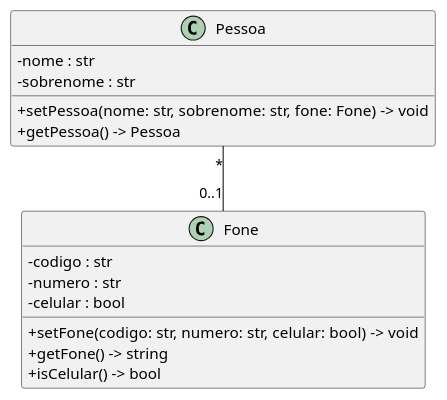
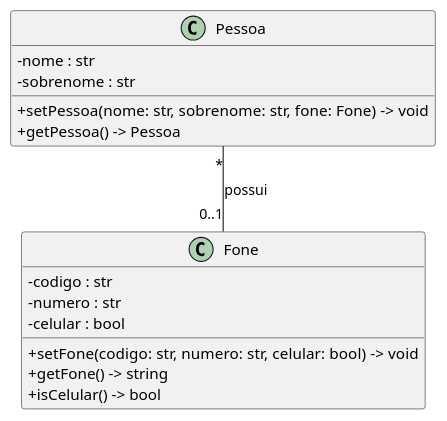
One commit to maxwellamaral/maxwellamaral.github.io changed the diagram in docs/assets/puml/uml_class07.puml. Above: the diagram before and after it, drawn with PlantUML. The commit also changed 7 other files, not shown here.

```diff
--- a/docs/assets/puml/uml_class07.puml
+++ b/docs/assets/puml/uml_class07.puml
@@ -1,24 +1,24 @@
 @startuml
 
 ' left to right direction
 skinparam classAttributeIconSize 0
 
 class Pessoa {
     - nome : str
     - sobrenome : str
     + setPessoa(nome: str, sobrenome: str, fone: Fone) -> void
     + getPessoa() -> Pessoa
 }
 
 class Fone {
     - codigo : str
     - numero : str
     - celular : bool
     + setFone(codigo: str, numero: str, celular: bool) -> void
     + getFone() -> string
     + isCelular() -> bool
 }
 
-Pessoa "*"--"0..1" Fone
+Pessoa "*"--"0..1" Fone : possui
 
 @enduml
```
